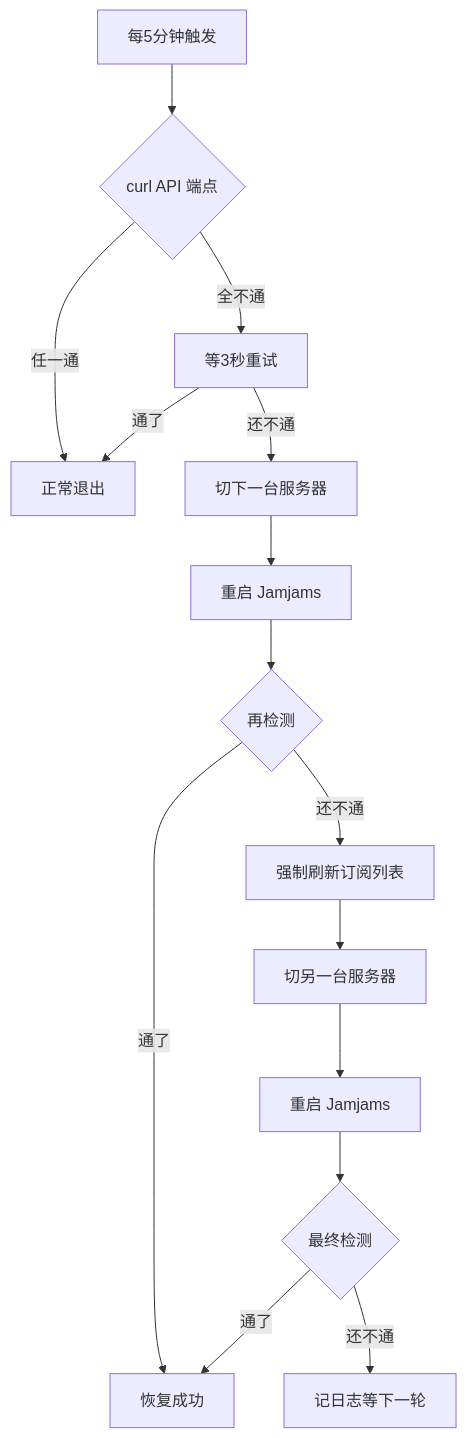
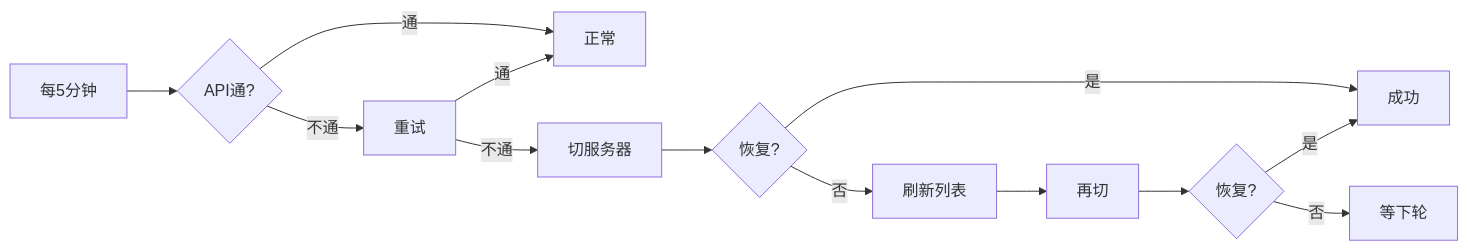
The diagram in _posts/2026-03-02-openclaw-vpn-watchdog.md (yfge/yfge.github.com), drawn with Mermaid before and after one commit. The commit also changed 1 other file, not shown here.

Commit message:
fix: 代码块强制深色+Mermaid改横向+滚动条样式
- 代码块: !important强制#0d1117深色背景(覆盖Rouge默认浅色)
- 代码块: 自定义webkit滚动条
- Mermaid: VPN流程图从TD改为LR横向(减少纵向空间70%)
- Mermaid: 容器限高500px+overflow滚动
- Mermaid: 半透明背景替代纯色(融入暗色主题)

````diff
--- a/_posts/2026-03-02-openclaw-vpn-watchdog.md
+++ b/_posts/2026-03-02-openclaw-vpn-watchdog.md
@@ -60,17 +60,15 @@
 ```mermaid
-flowchart TD
-    A[每5分钟触发] --> B{curl API 端点}
-    B -->|任一通| C[正常退出]
-    B -->|全不通| D[等3秒重试]
-    D -->|通了| C
-    D -->|还不通| E[切下一台服务器]
-    E --> F[重启 Jamjams]
-    F --> G{再检测}
-    G -->|通了| H[恢复成功]
-    G -->|还不通| I[强制刷新订阅列表]
-    I --> J[切另一台服务器]
-    J --> K[重启 Jamjams]
-    K --> L{最终检测}
-    L -->|通了| H
-    L -->|还不通| M[记日志等下一轮]
+flowchart LR
+    A[每5分钟] --> B{API通?}
+    B -->|通| C[正常]
+    B -->|不通| D[重试]
+    D -->|通| C
+    D -->|不通| E[切服务器]
+    E --> F{恢复?}
+    F -->|是| G[成功]
+    F -->|否| H[刷新列表]
+    H --> I[再切]
+    I --> J{恢复?}
+    J -->|是| G
+    J -->|否| K[等下轮]
 ```
````
